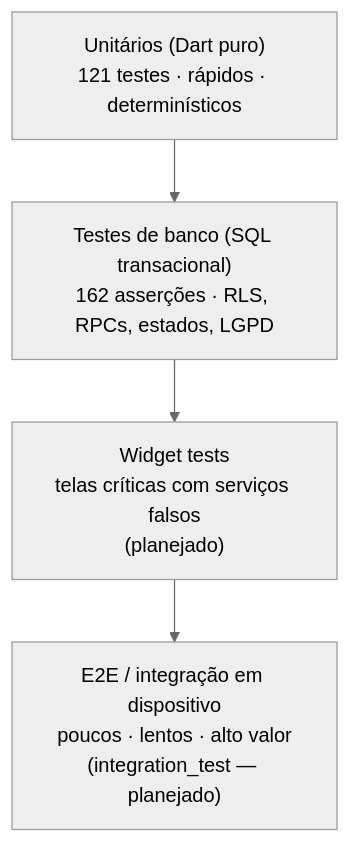
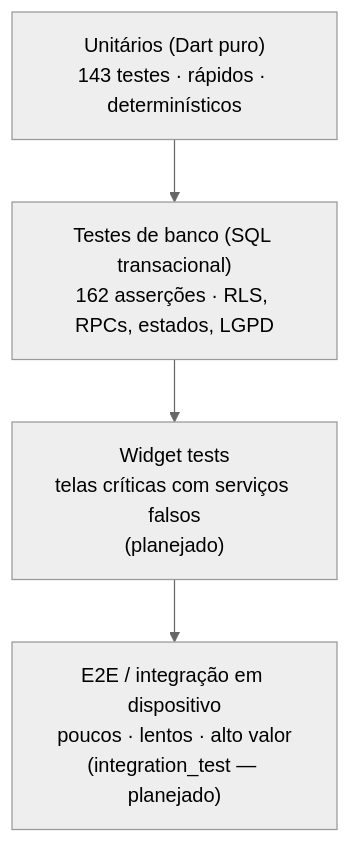
One commit to Washington-Freitas/DesperrengueApp_TAI3 changed the diagram in docs/TESTING.md. Above: the diagram before and after it, drawn with Mermaid (neutral theme). The commit also changed other lines of this file and 29 other files, not shown here.

````diff
--- a/docs/TESTING.md
+++ b/docs/TESTING.md
@@ -25,8 +25,8 @@
 ```mermaid
 flowchart TB
     E2E["E2E / integração em dispositivo<br/>poucos · lentos · alto valor<br/>(integration_test — planejado)"]
     WID["Widget tests<br/>telas críticas com serviços falsos<br/>(planejado)"]
     DBT["Testes de banco (SQL transacional)<br/>162 asserções · RLS, RPCs, estados, LGPD"]
-    UNIT["Unitários (Dart puro)<br/>121 testes · rápidos · determinísticos"]
+    UNIT["Unitários (Dart puro)<br/>143 testes · rápidos · determinísticos"]
     UNIT --> DBT --> WID --> E2E
 ```
````
